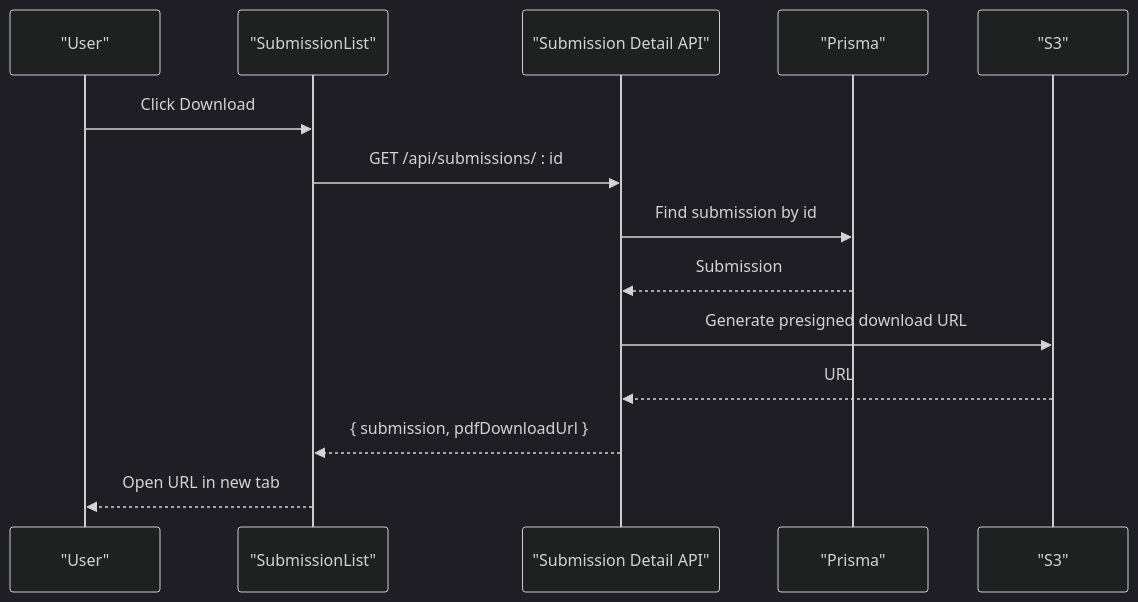
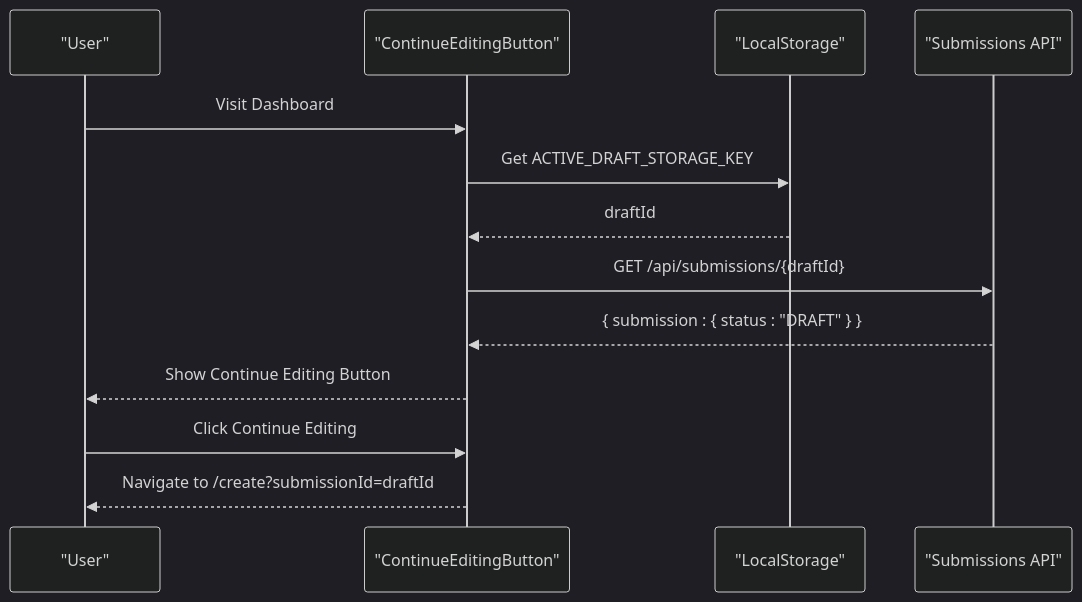
Before and after one commit to Crowdspender/titchybooks-app: the sixth of 9 diagrams in .qoder/repowiki/en/content/User Dashboard/User Dashboard.md, drawn with Mermaid (dark theme). The commit also changed other lines of this file and 62 other files, not shown here.

````diff
--- a/.qoder/repowiki/en/content/User Dashboard/User Dashboard.md
+++ b/.qoder/repowiki/en/content/User Dashboard/User Dashboard.md
@@ -317,16 +253,15 @@
 ```mermaid
 sequenceDiagram
 participant U as "User"
-participant SL as "SubmissionList"
-participant SD as "Submission Detail API"
-participant DB as "Prisma"
-participant S3 as "S3"
-U->>SL : Click Download
-SL->>SD : GET /api/submissions/ : id
-SD->>DB : Find submission by id
-DB-->>SD : Submission
-SD->>S3 : Generate presigned download URL
-S3-->>SD : URL
-SD-->>SL : { submission, pdfDownloadUrl }
-SL-->>U : Open URL in new tab
+participant CE as "ContinueEditingButton"
+participant LS as "LocalStorage"
+participant API as "Submissions API"
+U->>CE : Visit Dashboard
+CE->>LS : Get ACTIVE_DRAFT_STORAGE_KEY
+LS-->>CE : draftId
+CE->>API : GET /api/submissions/{draftId}
+API-->>CE : { submission : { status : "DRAFT" } }
+CE-->>U : Show Continue Editing Button
+U->>CE : Click Continue Editing
+CE-->>U : Navigate to /create?submissionId=draftId
 ```
````
